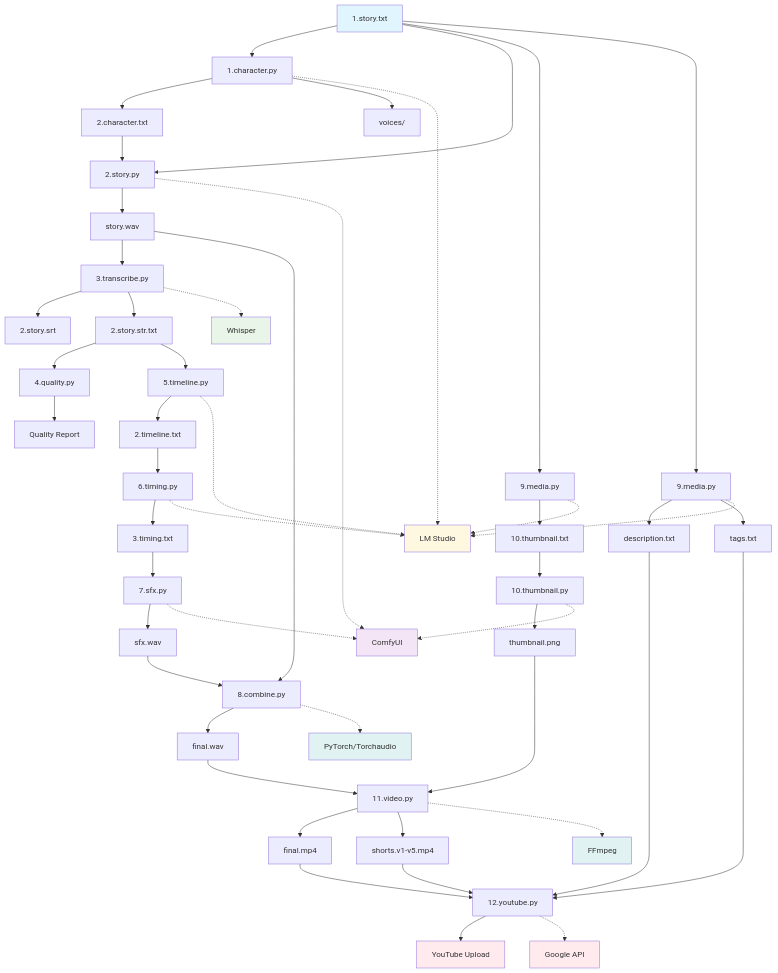
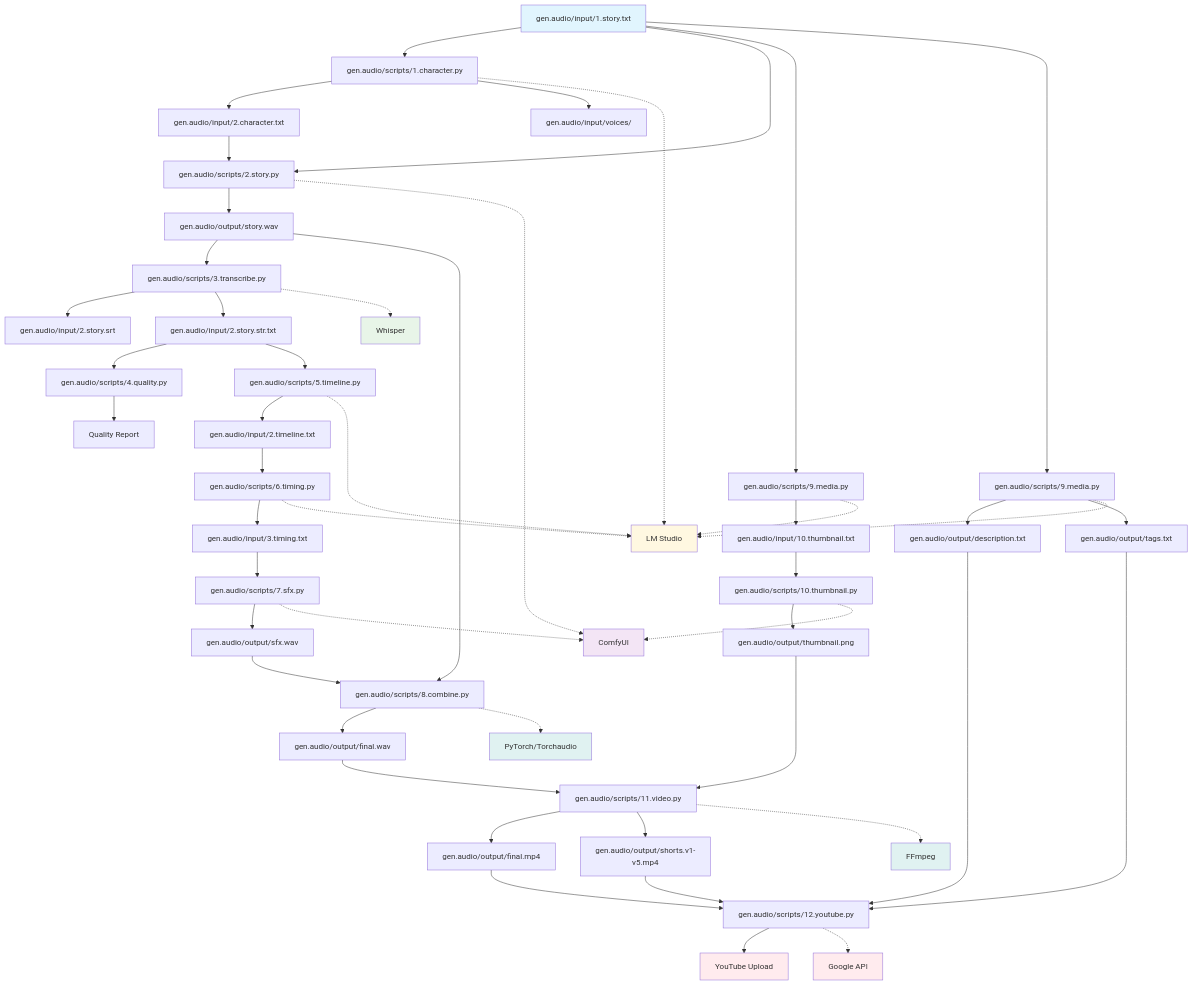
Before and after one commit to prskid1000/AI-Content-Pipelines: the first of 4 diagrams in README.md, drawn with Mermaid. The commit also changed other lines of this file and 19 other files, not shown here.

````diff
--- a/README.md
+++ b/README.md
@@ -536,72 +538,72 @@
 ```mermaid
 graph TD
-    A[1.story.txt] --> B[1.character.py]
-    B --> C[2.character.txt]
-    B --> D[voices/]
+    A[gen.audio/input/1.story.txt] --> B[gen.audio/scripts/1.character.py]
+    B --> C[gen.audio/input/2.character.txt]
+    B --> D[gen.audio/input/voices/]
     B -.-> E[LM Studio]
     
-    A --> F[2.story.py]
+    A --> F[gen.audio/scripts/2.story.py]
     C --> F
-    F --> G[story.wav]
+    F --> G[gen.audio/output/story.wav]
     F -.-> H[ComfyUI]
     
-    G --> I[3.transcribe.py]
-    I --> J[2.story.srt]
-    I --> K[2.story.str.txt]
+    G --> I[gen.audio/scripts/3.transcribe.py]
+    I --> J[gen.audio/input/2.story.srt]
+    I --> K[gen.audio/input/2.story.str.txt]
     I -.-> L[Whisper]
     
-    K --> M[4.quality.py]
+    K --> M[gen.audio/scripts/4.quality.py]
     M --> N[Quality Report]
     
-    K --> O[5.timeline.py]
-    O --> P[2.timeline.txt]
+    K --> O[gen.audio/scripts/5.timeline.py]
+    O --> P[gen.audio/input/2.timeline.txt]
     O -.-> E
     
-    P --> Q[6.timing.py]
-    Q --> R[3.timing.txt]
+    P --> Q[gen.audio/scripts/6.timing.py]
+    Q --> R[gen.audio/input/3.timing.txt]
     Q -.-> E
     
-    R --> S[7.sfx.py]
-    S --> T[sfx.wav]
+    R --> S[gen.audio/scripts/7.sfx.py]
+    S --> T[gen.audio/output/sfx.wav]
     S -.-> H
     
-    G --> U[8.combine.py]
+    G --> U[gen.audio/scripts/8.combine.py]
     T --> U
-    U --> V[final.wav]
+    U --> V[gen.audio/output/final.wav]
     U -.-> W[PyTorch/Torchaudio]
     
-    A --> X[9.media.py]
-    X --> Y[10.thumbnail.txt]
+    A --> X[gen.audio/scripts/9.media.py]
+    X --> Y[gen.audio/input/10.thumbnail.txt]
     X -.-> E
     
-    Y --> Z[10.thumbnail.py]
-    Z --> AA[thumbnail.png]
+    Y --> Z[gen.audio/scripts/10.thumbnail.py]
+    Z --> AA[gen.audio/output/thumbnail.png]
     Z -.-> H
     
-    V --> BB[11.video.py]
+    V --> BB[gen.audio/scripts/11.video.py]
     AA --> BB
-    BB --> CC[final.mp4]
-    BB --> CC2[shorts.v1-v5.mp4]
+    BB --> CC[gen.audio/output/final.mp4]
+    BB --> CC2[gen.audio/output/shorts.v1-v5.mp4]
     BB -.-> DD[FFmpeg]
     
-    A --> EE[9.media.py]
-    EE --> FF[description.txt]
-    EE --> GG[tags.txt]
+    A --> EE[gen.audio/scripts/9.media.py]
+    EE --> FF[gen.audio/output/description.txt]
+    EE --> GG[gen.audio/output/tags.txt]
     EE -.-> E
     
-    CC --> HH[12.youtube.py]
+    CC --> HH[gen.audio/scripts/12.youtube.py]
     CC2 --> HH
     FF --> HH
     GG --> HH
     HH --> II[YouTube Upload]
     HH -.-> JJ[Google API]
     
     style A fill:#e1f5fe
     style E fill:#fff8e1
     style H fill:#f3e5f5
     style L fill:#e8f5e8
     style W fill:#e0f2f1
     style DD fill:#e0f2f1
     style JJ fill:#ffebee
     style II fill:#ffebee
 ```
````
